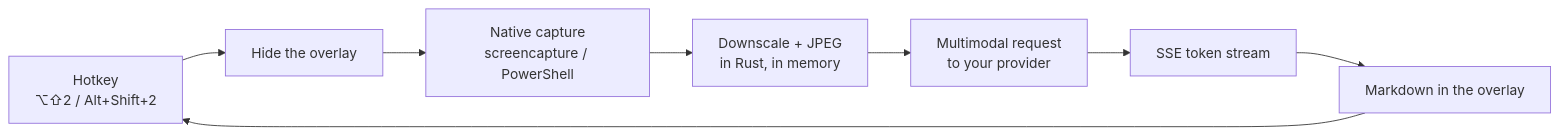
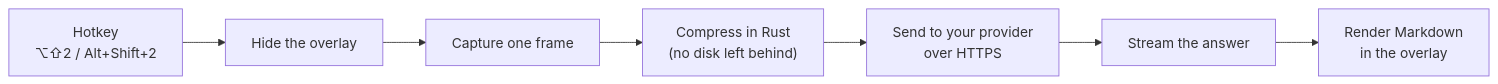
Before and after one commit to Neksand/TrueHalo: the diagram in README.md, drawn with Mermaid. The commit also changed other lines of this file and 5 other files, not shown here.

````diff
--- a/README.md
+++ b/README.md
@@ -212,10 +212,9 @@
 ```mermaid
 flowchart LR
     A["Hotkey<br/>⌥⇧2 / Alt+Shift+2"] --> B["Hide the overlay"]
-    B --> C["Native capture<br/>screencapture / PowerShell"]
-    C --> D["Downscale + JPEG<br/>in Rust, in memory"]
-    D --> E["Multimodal request<br/>to your provider"]
-    E --> F["SSE token stream"]
-    F --> G["Markdown in the overlay"]
-    G --> A
+    B --> C["Capture one frame"]
+    C --> D["Compress in Rust<br/>(no disk left behind)"]
+    D --> E["Send to your provider<br/>over HTTPS"]
+    E --> F["Stream the answer"]
+    F --> G["Render Markdown<br/>in the overlay"]
 ```
````
